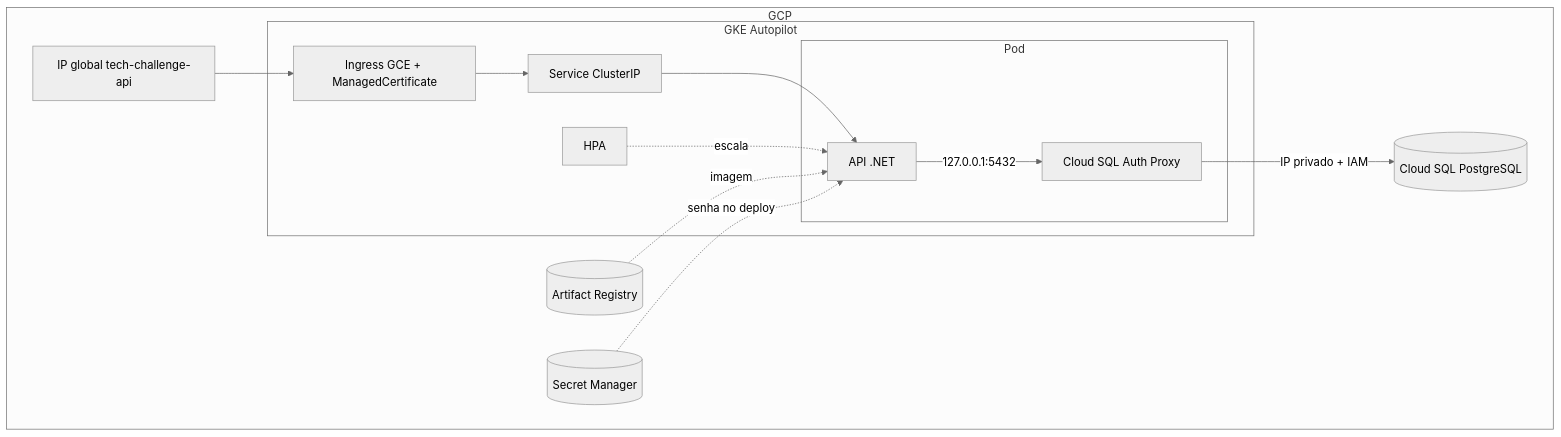
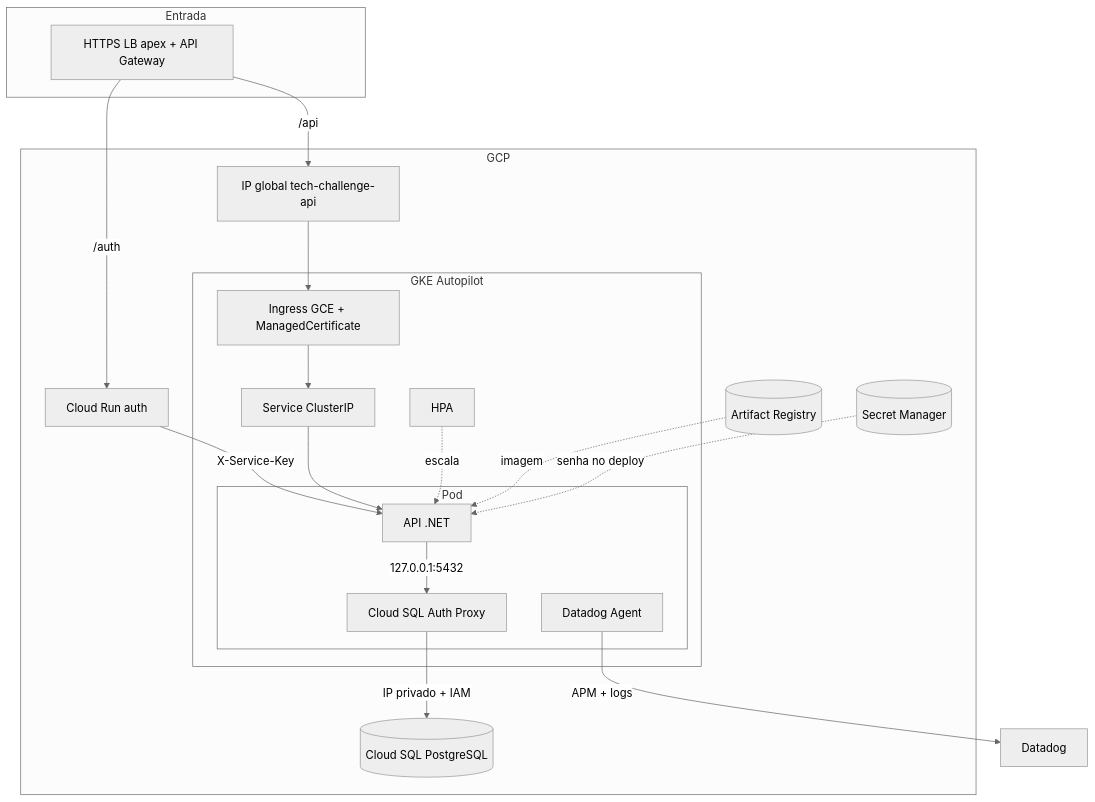
One commit to fiap-vcosta/api changed the third of 4 diagrams in README.md. Above: the diagram before and after it, drawn with Mermaid (neutral theme). The commit also changed other lines of this file and 18 other files, not shown here.

First line of the commit message:
docs: ER, valid seed docs, unified Requestly, cloud README

````diff
--- a/README.md
+++ b/README.md
@@ -51,27 +53,37 @@
 ```mermaid
 flowchart TB
+  subgraph entry["Entrada"]
+    apex["HTTPS LB apex + API Gateway"]
+  end
   subgraph gcp["GCP"]
     ar[("Artifact Registry")]
     ip["IP global tech-challenge-api"]
+    auth["Cloud Run auth"]
     subgraph gke["GKE Autopilot"]
       ing["Ingress GCE + ManagedCertificate"]
       svc["Service ClusterIP"]
       subgraph pod["Pod"]
         api["API .NET"]
         proxy["Cloud SQL Auth Proxy"]
+        dd["Datadog Agent"]
       end
       hpa["HPA"]
     end
     sql[("Cloud SQL PostgreSQL")]
     sm[("Secret Manager")]
   end
+  datadog["Datadog"]
 
+  apex -->|"/api"| ip
+  apex -->|"/auth"| auth
+  auth -->|"X-Service-Key"| api
   ip --> ing
   ing --> svc
   svc --> api
   hpa -.->|"escala"| api
   api -->|"127.0.0.1:5432"| proxy
   proxy -->|"IP privado + IAM"| sql
   ar -.->|"imagem"| api
   sm -.->|"senha no deploy"| api
+  dd -->|"APM + logs"| datadog
 ```
````
